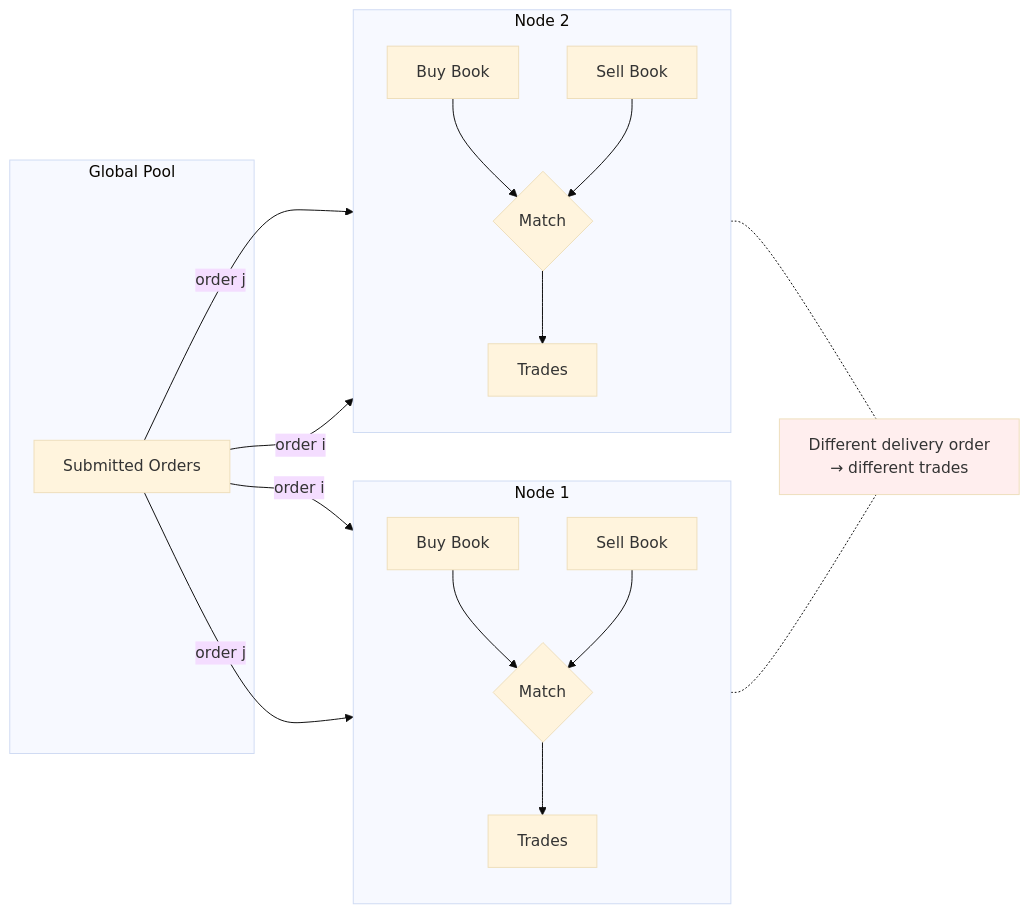
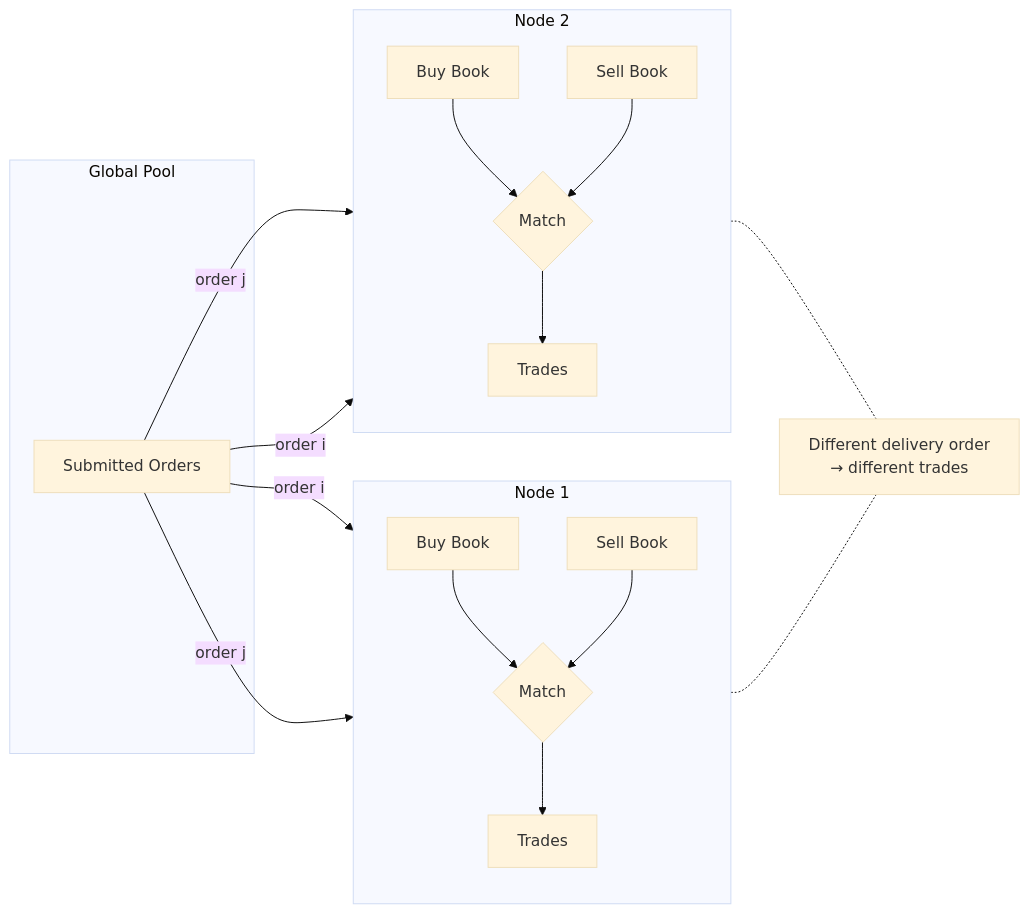
One commit to oxarbitrage/formal-market-mechanisms changed the diagram in book/src/mechanisms/decentralized-clob.md. Above: the diagram before and after it, drawn with Mermaid (base theme). The commit also changed 10 other files, not shown here.

````diff
--- a/book/src/mechanisms/decentralized-clob.md
+++ b/book/src/mechanisms/decentralized-clob.md
@@ -7,30 +7,28 @@
 ```mermaid
 graph LR
     subgraph Global Pool
         OP[Submitted Orders]
     end
 
     OP -- "order i" --> N1
     OP -- "order j" --> N1
     OP -- "order j" --> N2
     OP -- "order i" --> N2
 
     subgraph N1["Node 1"]
         direction TB
         BB1[Buy Book] --> ME1{Match}
         SB1[Sell Book] --> ME1
         ME1 --> T1[Trades]
     end
 
     subgraph N2["Node 2"]
         direction TB
         BB2[Buy Book] --> ME2{Match}
         SB2[Sell Book] --> ME2
         ME2 --> T2[Trades]
     end
 
     T1 -.- D["Different delivery order<br/>→ different trades"]
     T2 -.- D
-
-    style D fill:#fee
 ```
````
